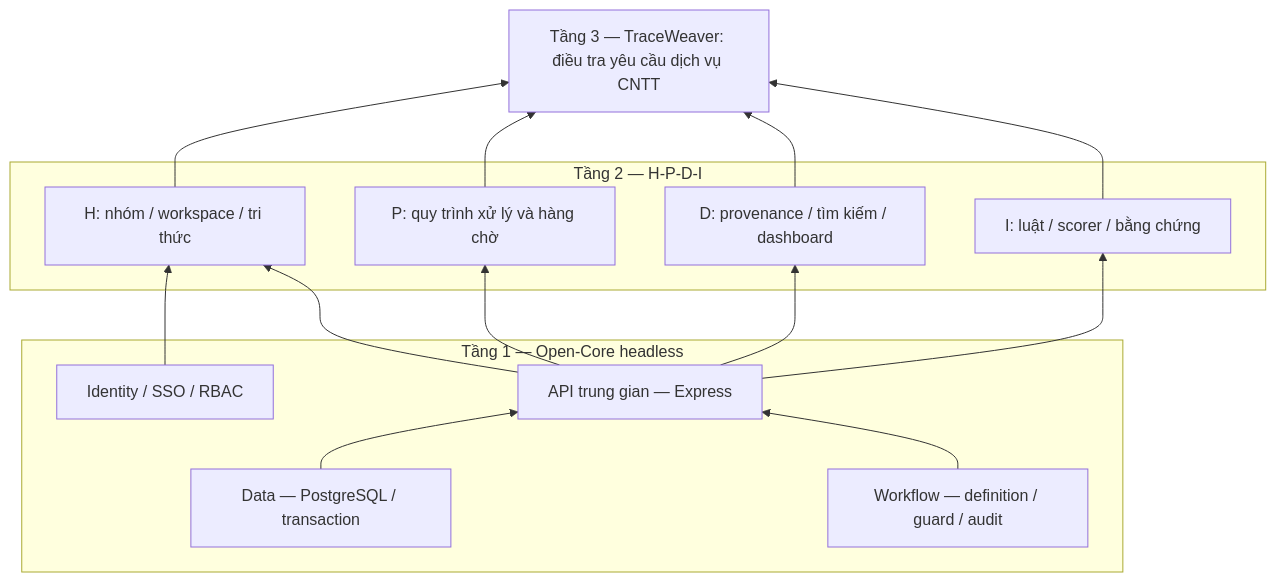
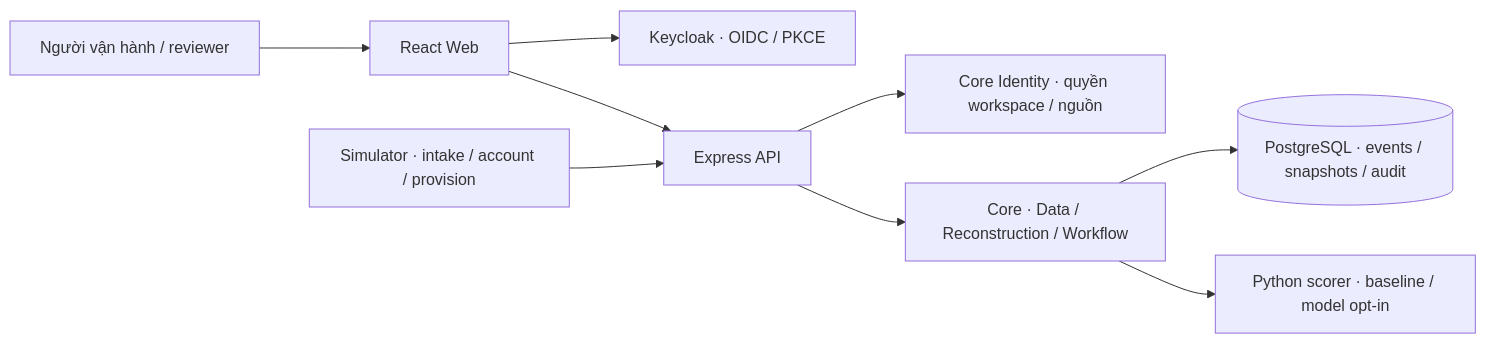
Before and after one commit to HaUI-HIT-Tam-Thai-T/TraceWeaver: the diagram in README.md, drawn with Mermaid. The commit also changed other lines of this file and 14 other files, not shown here.

````diff
--- a/README.md
+++ b/README.md
@@ -73,21 +31,11 @@
 ```mermaid
-flowchart BT
-  subgraph L1["Tầng 1 — Open-Core headless"]
-    ID["Identity / SSO / RBAC"]
-    API["API trung gian — Express"]
-    DATA["Data — PostgreSQL / transaction"]
-    WF["Workflow — definition / guard / audit"]
-  end
-  subgraph L2["Tầng 2 — H-P-D-I"]
-    H["H: nhóm / workspace / tri thức"]
-    P["P: quy trình xử lý và hàng chờ"]
-    D["D: provenance / tìm kiếm / dashboard"]
-    I["I: luật / scorer / bằng chứng"]
-  end
-  APP["Tầng 3 — TraceWeaver: điều tra yêu cầu dịch vụ CNTT"]
-  ID --> H
-  API --> H & P & D & I
-  DATA --> API
-  WF --> API
-  H & P & D & I --> APP
+flowchart LR
+  User["Người vận hành / reviewer"] --> Web["React Web"]
+  Web --> IdP["Keycloak · OIDC / PKCE"]
+  Web --> API["Express API"]
+  API --> Identity["Core Identity · quyền workspace / nguồn"]
+  API --> Engine["Core · Data / Reconstruction / Workflow"]
+  Engine --> DB[("PostgreSQL · events / snapshots / audit")]
+  Engine --> Scorer["Python scorer · baseline / model opt-in"]
+  Sim["Simulator · intake / account / provision"] --> API
 ```
````
